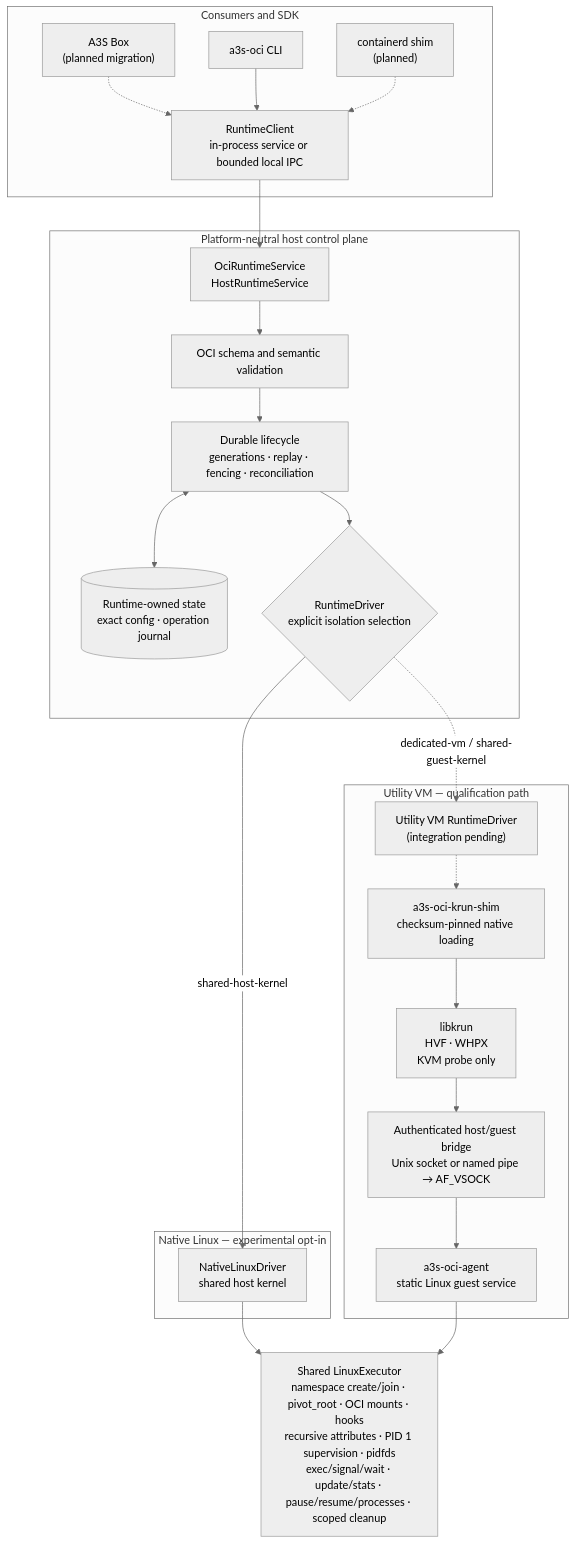
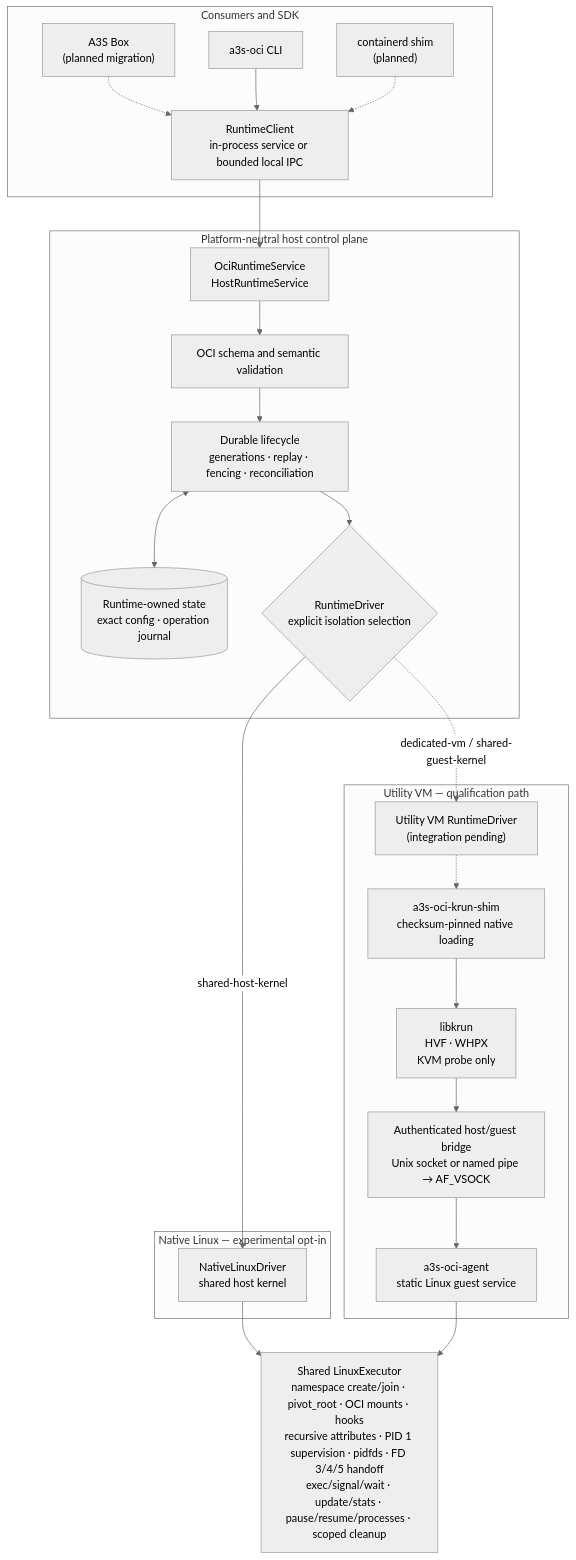
One commit to A3S-Lab/OCI-Runtime changed the diagram in README.md. Above: the diagram before and after it, drawn with Mermaid (neutral theme). The commit also changed other lines of this file and 29 other files, not shown here.

````diff
--- a/README.md
+++ b/README.md
@@ -637,46 +669,46 @@
 ```mermaid
 flowchart TB
     subgraph consumers["Consumers and SDK"]
         box["A3S Box<br/>(planned migration)"]
         cli["a3s-oci CLI"]
         containerd["containerd shim<br/>(planned)"]
         client["RuntimeClient<br/>in-process service or bounded local IPC"]
         box -.-> client
         cli --> client
         containerd -.-> client
     end
 
     subgraph control["Platform-neutral host control plane"]
         service["OciRuntimeService<br/>HostRuntimeService"]
         validation["OCI schema and semantic validation"]
         lifecycle["Durable lifecycle<br/>generations · replay · fencing · reconciliation"]
         state[("Runtime-owned state<br/>exact config · operation journal")]
         selection{"RuntimeDriver<br/>explicit isolation selection"}
 
         service --> validation --> lifecycle --> selection
         lifecycle <--> state
     end
 
     subgraph native["Native Linux — experimental opt-in"]
         native_driver["NativeLinuxDriver<br/>shared host kernel"]
     end
 
     subgraph utility["Utility VM — qualification path"]
         utility_driver["Utility VM RuntimeDriver<br/>(integration pending)"]
         shim["a3s-oci-krun-shim<br/>checksum-pinned native loading"]
         hypervisor["libkrun<br/>HVF · WHPX<br/>KVM probe only"]
         bridge["Authenticated host/guest bridge<br/>Unix socket or named pipe → AF_VSOCK"]
         agent["a3s-oci-agent<br/>static Linux guest service"]
 
         utility_driver -.-> shim
         shim --> hypervisor --> bridge --> agent
     end
 
-    executor["Shared LinuxExecutor<br/>namespace create/join · pivot_root · OCI mounts · hooks<br/>recursive attributes · PID 1 supervision · pidfds<br/>exec/signal/wait · update/stats · pause/resume/processes · scoped cleanup"]
+    executor["Shared LinuxExecutor<br/>namespace create/join · pivot_root · OCI mounts · hooks<br/>recursive attributes · PID 1 supervision · pidfds · FD 3/4/5 handoff<br/>exec/signal/wait · update/stats · pause/resume/processes · scoped cleanup"]
 
     client --> service
     selection -->|"shared-host-kernel"| native_driver
     selection -.->|"dedicated-vm / shared-guest-kernel"| utility_driver
     native_driver --> executor
     agent --> executor
 ```
````
